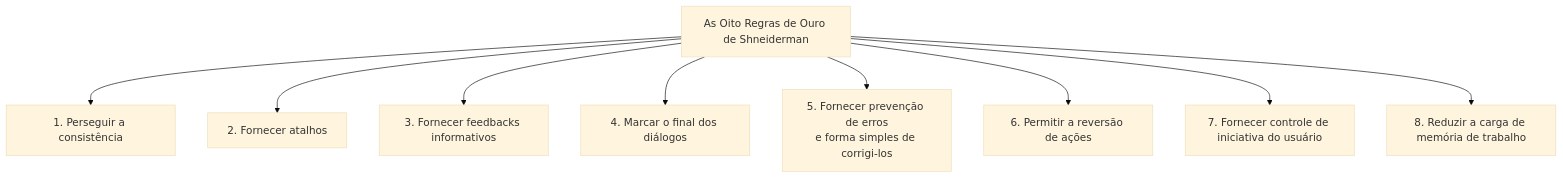
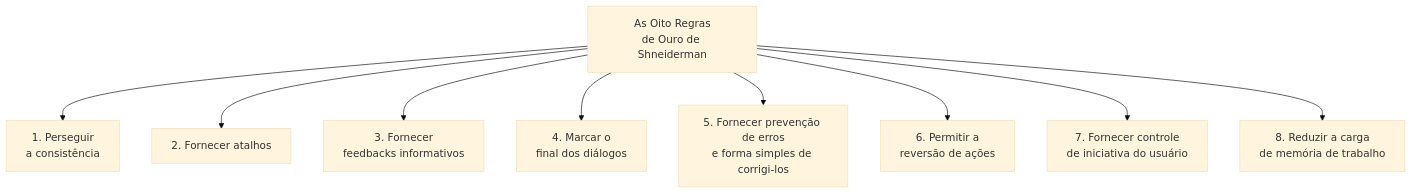
One commit to leorruas/puc changed the second of 2 diagrams in 08. Design de Interacao/18. Princípios e regras de design - psicologia da gestalt e regras de ouro.md. Above: the diagram before and after it, drawn with Mermaid (base theme). The commit also changed other lines of this file and 16 other files, not shown here.

Commit message:
style(mermaid): comprehensive audit and optimization of 45 Mermaid blocks across all 22 topic notes

````diff
--- a/08. Design de Interacao/18. Princípios e regras de design - psicologia da gestalt e regras de ouro.md
+++ b/08. Design de Interacao/18. Princípios e regras de design - psicologia da gestalt e regras de ouro.md
@@ -95,11 +95,11 @@
 ```mermaid
 graph TD
-    Regras["As Oito Regras de Ouro de Shneiderman"] --> R1["1. Perseguir a consistência"]
+    Regras["As Oito Regras<br>de Ouro de Shneiderman"] --> R1["1. Perseguir<br>a consistência"]
     Regras --> R2["2. Fornecer atalhos"]
-    Regras --> R3["3. Fornecer feedbacks informativos"]
-    Regras --> R4["4. Marcar o final dos diálogos"]
+    Regras --> R3["3. Fornecer<br>feedbacks informativos"]
+    Regras --> R4["4. Marcar o<br>final dos diálogos"]
     Regras --> R5["5. Fornecer prevenção de erros<br>e forma simples de corrigi-los"]
-    Regras --> R6["6. Permitir a reversão de ações"]
-    Regras --> R7["7. Fornecer controle de iniciativa do usuário"]
-    Regras --> R8["8. Reduzir a carga de memória de trabalho"]
+    Regras --> R6["6. Permitir a<br>reversão de ações"]
+    Regras --> R7["7. Fornecer controle<br>de iniciativa do usuário"]
+    Regras --> R8["8. Reduzir a carga<br>de memória de trabalho"]
 ```
````
